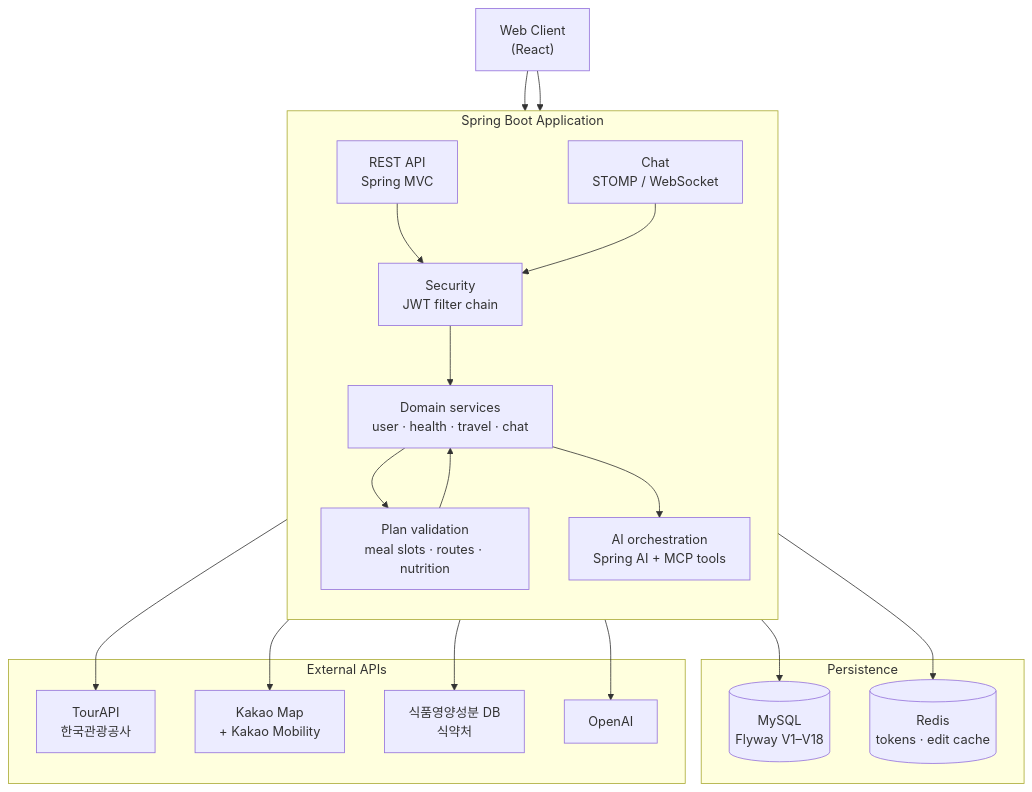
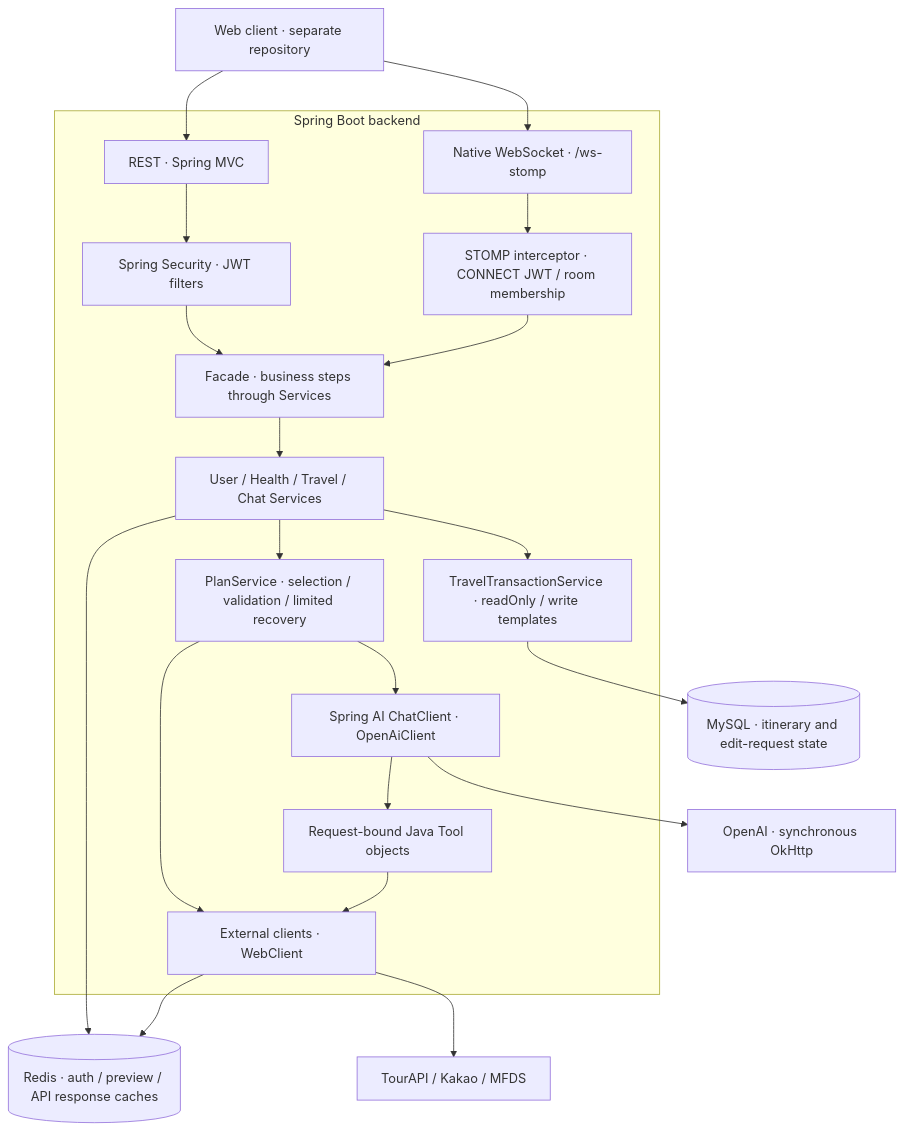
Before and after one commit to team-planb-dev/BE: the first of 5 diagrams in README.md, drawn with Mermaid. The commit also changed other lines of this file, not shown here.

Commit message:
docs : refresh backend architecture and refactoring overview

````diff
--- a/README.md
+++ b/README.md
@@ -26,41 +34,34 @@
 ```mermaid
 flowchart TB
-    Client["Web Client<br/>(React)"]
-
-    subgraph App["Spring Boot Application"]
-        direction TB
-        REST["REST API<br/>Spring MVC"]
-        WS["Chat<br/>STOMP / WebSocket"]
-        SEC["Security<br/>JWT filter chain"]
-        DOMAIN["Domain services<br/>user · health · travel · chat"]
-        VALID["Plan validation<br/>meal slots · routes · nutrition"]
-        AI["AI orchestration<br/>Spring AI + MCP tools"]
+    Client["Web client · separate repository"]
+    subgraph App["Spring Boot backend"]
+        REST["REST · Spring MVC"]
+        JWT["Spring Security · JWT filters"]
+        WS["Native WebSocket · /ws-stomp"]
+        STOMP["STOMP interceptor · CONNECT JWT / room membership"]
+        FAC["Facade · business steps through Services"]
+        SERVICES["User / Health / Travel / Chat Services"]
+        PLAN["PlanService · selection / validation / limited recovery"]
+        AI["Spring AI ChatClient · OpenAiClient"]
+        TOOLS["Request-bound Java Tool objects"]
+        HTTP["External clients · WebClient"]
+        TX["TravelTransactionService · readOnly / write templates"]
     end
-
-    subgraph Store["Persistence"]
-        MySQL[("MySQL<br/>Flyway V1–V18")]
-        Redis[("Redis<br/>tokens · edit cache")]
-    end
-
-    subgraph Ext["External APIs"]
-        TourAPI["TourAPI<br/>한국관광공사"]
-        Kakao["Kakao Map<br/>+ Kakao Mobility"]
-        MFDS["식품영양성분 DB<br/>식약처"]
-        OpenAI["OpenAI"]
-    end
-
-    Client --> REST
-    Client --> WS
-    REST --> SEC
-    WS --> SEC
-    SEC --> DOMAIN
-    DOMAIN --> VALID
-    DOMAIN --> AI
-    VALID --> DOMAIN
-    AI --> OpenAI
-    AI --> TourAPI
-    AI --> Kakao
-    AI --> MFDS
-    DOMAIN --> MySQL
-    DOMAIN --> Redis
+    SQL[("MySQL · itinerary and edit-request state")]
+    CACHE[("Redis · auth / preview / API response caches")]
+    LLM["OpenAI · synchronous OkHttp"]
+    PUBLIC["TourAPI / Kakao / MFDS"]
+    Client --> REST --> JWT --> FAC
+    Client --> WS --> STOMP --> FAC
+    FAC --> SERVICES
+    SERVICES --> PLAN
+    PLAN --> AI
+    AI --> LLM
+    AI --> TOOLS
+    PLAN --> HTTP
+    TOOLS --> HTTP
+    HTTP --> PUBLIC
+    SERVICES --> TX --> SQL
+    SERVICES --> CACHE
+    HTTP --> CACHE
 ```
````
